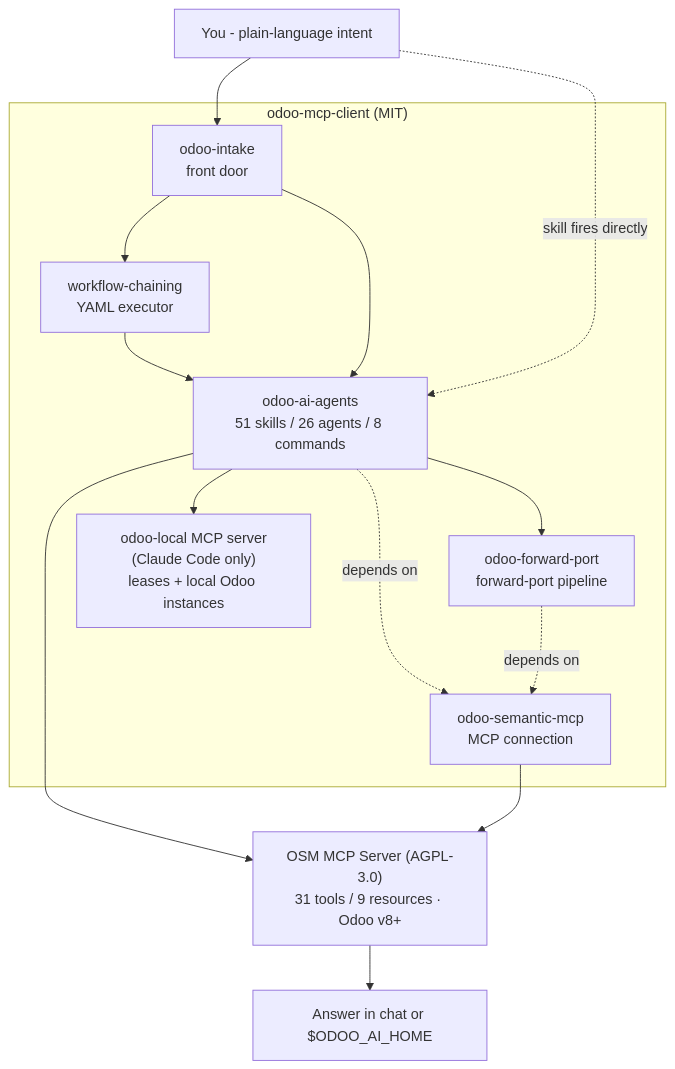
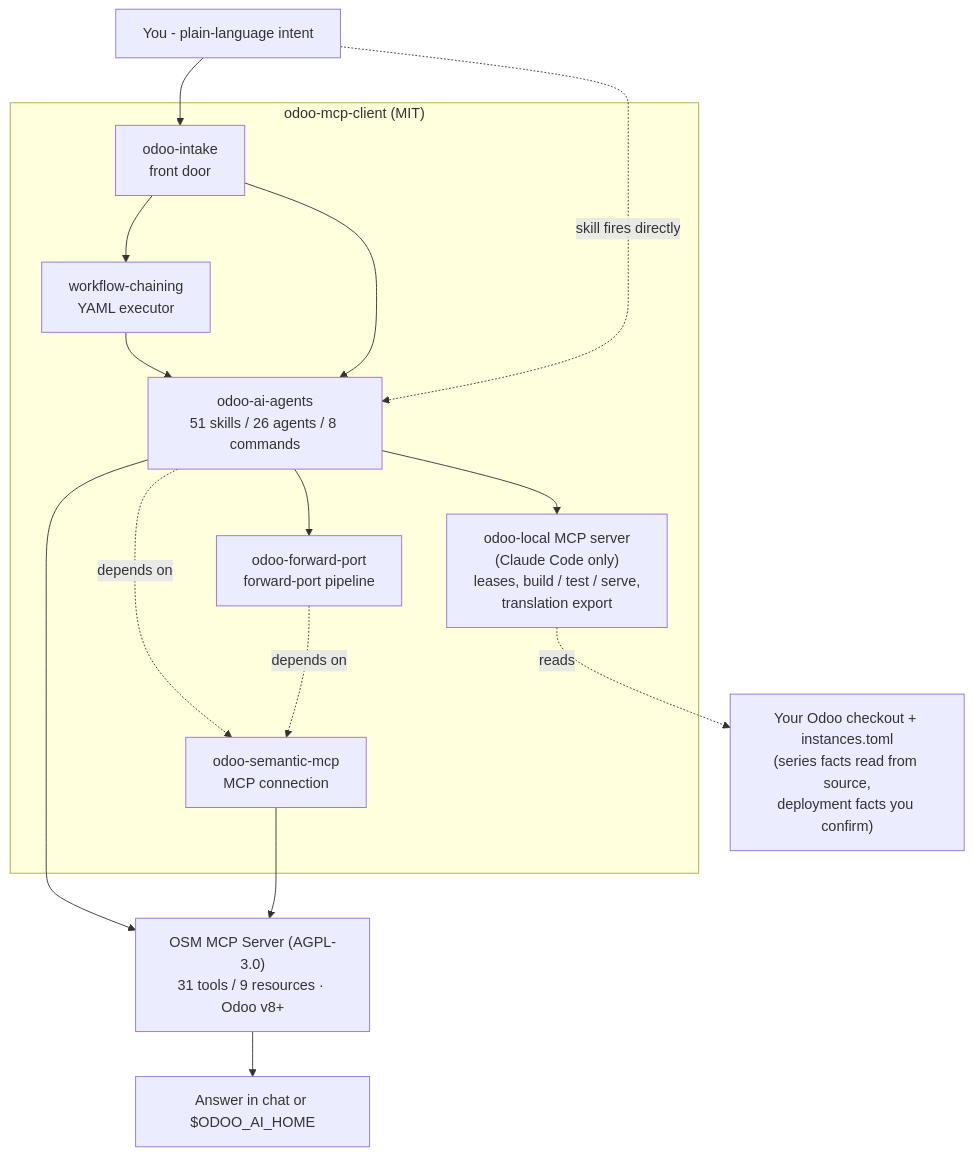
Before and after one commit to Viindoo/odoo-mcp-client: the diagram in README.md, drawn with Mermaid. The commit also changed other lines of this file and 148 other files, not shown here.

````diff
--- a/README.md
+++ b/README.md
@@ -13,28 +13,30 @@
 ```mermaid
 flowchart TD
     You["You - plain-language intent"]
 
     subgraph client["odoo-mcp-client (MIT)"]
         intake["odoo-intake<br/>front door"]
         wfrunner["workflow-chaining<br/>YAML executor"]
         skills["odoo-ai-agents<br/>51 skills / 26 agents / 8 commands"]
         fp["odoo-forward-port<br/>forward-port pipeline"]
         mcp["odoo-semantic-mcp<br/>MCP connection"]
-        local["odoo-local MCP server<br/>(Claude Code only)<br/>leases + local Odoo instances"]
+        local["odoo-local MCP server<br/>(Claude Code only)<br/>leases, build / test / serve,<br/>translation export"]
         intake --> wfrunner --> skills
         intake --> skills
         skills --> fp
         skills -. depends on .-> mcp
         fp -. depends on .-> mcp
         skills --> local
     end
 
     server["OSM MCP Server (AGPL-3.0)<br/>31 tools / 9 resources · Odoo v8+"]
+    checkout["Your Odoo checkout + instances.toml<br/>(series facts read from source,<br/>deployment facts you confirm)"]
     out["Answer in chat or $ODOO_AI_HOME"]
 
     You --> intake
     You -. "skill fires directly" .-> skills
     skills --> server
     mcp --> server
     server --> out
+    local -. reads .-> checkout
 ```
````
